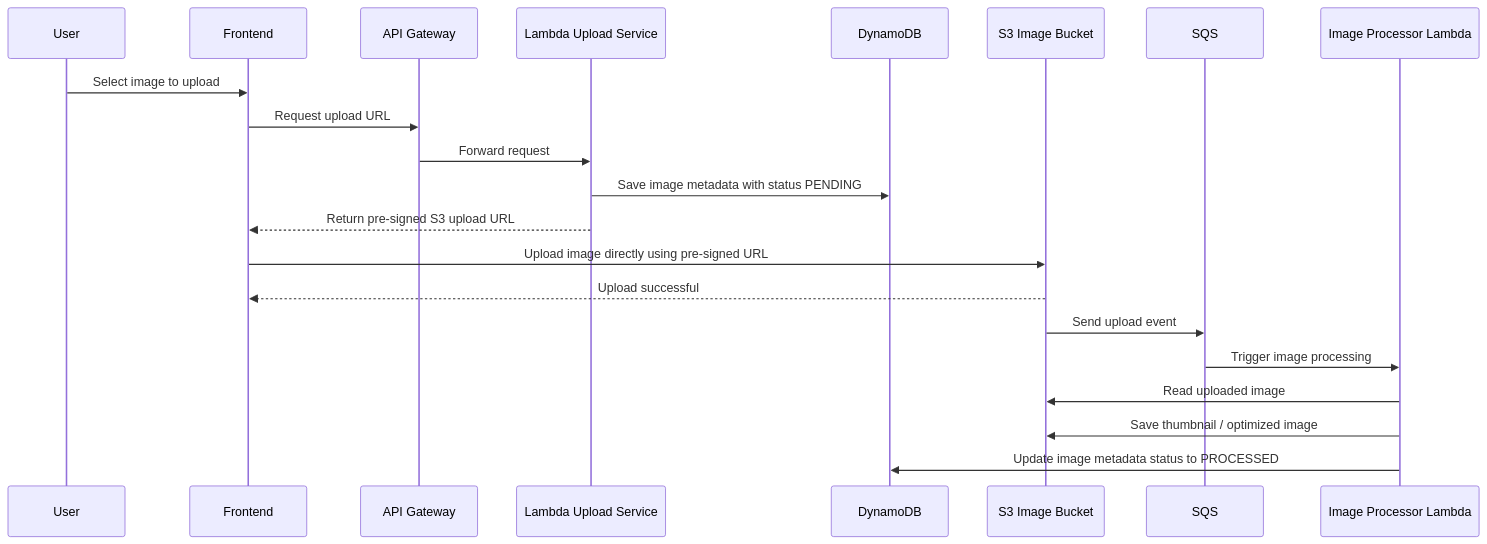
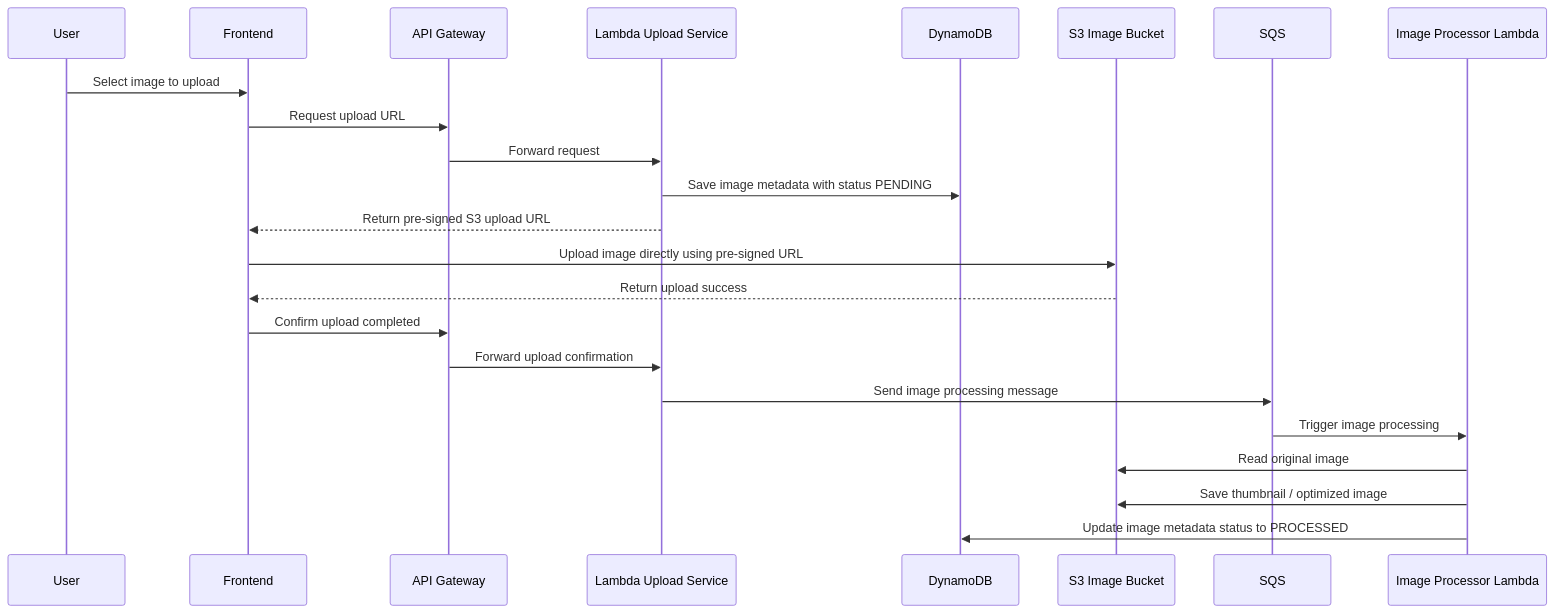
One commit to EmmanDizon/architect-image-sharing-platform changed the first of 2 diagrams in README.md. Above: the diagram before and after it, drawn with Mermaid. The commit also changed other lines of this file, not shown here.

First line of the commit message:
Revise upload and browse flow summaries in README

````diff
--- a/README.md
+++ b/README.md
@@ -250,26 +250,30 @@
 ```mermaid
 sequenceDiagram
     participant User
     participant Frontend
     participant API as API Gateway
     participant UploadService as Lambda Upload Service
     participant DB as DynamoDB
     participant S3 as S3 Image Bucket
     participant Queue as SQS
     participant Processor as Image Processor Lambda
 
     User->>Frontend: Select image to upload
     Frontend->>API: Request upload URL
     API->>UploadService: Forward request
+
     UploadService->>DB: Save image metadata with status PENDING
     UploadService-->>Frontend: Return pre-signed S3 upload URL
 
     Frontend->>S3: Upload image directly using pre-signed URL
-    S3-->>Frontend: Upload successful
+    S3-->>Frontend: Return upload success
 
-    S3->>Queue: Send upload event
+    Frontend->>API: Confirm upload completed
+    API->>UploadService: Forward upload confirmation
+    UploadService->>Queue: Send image processing message
+
     Queue->>Processor: Trigger image processing
-    Processor->>S3: Read uploaded image
+    Processor->>S3: Read original image
     Processor->>S3: Save thumbnail / optimized image
     Processor->>DB: Update image metadata status to PROCESSED
 ```
````
